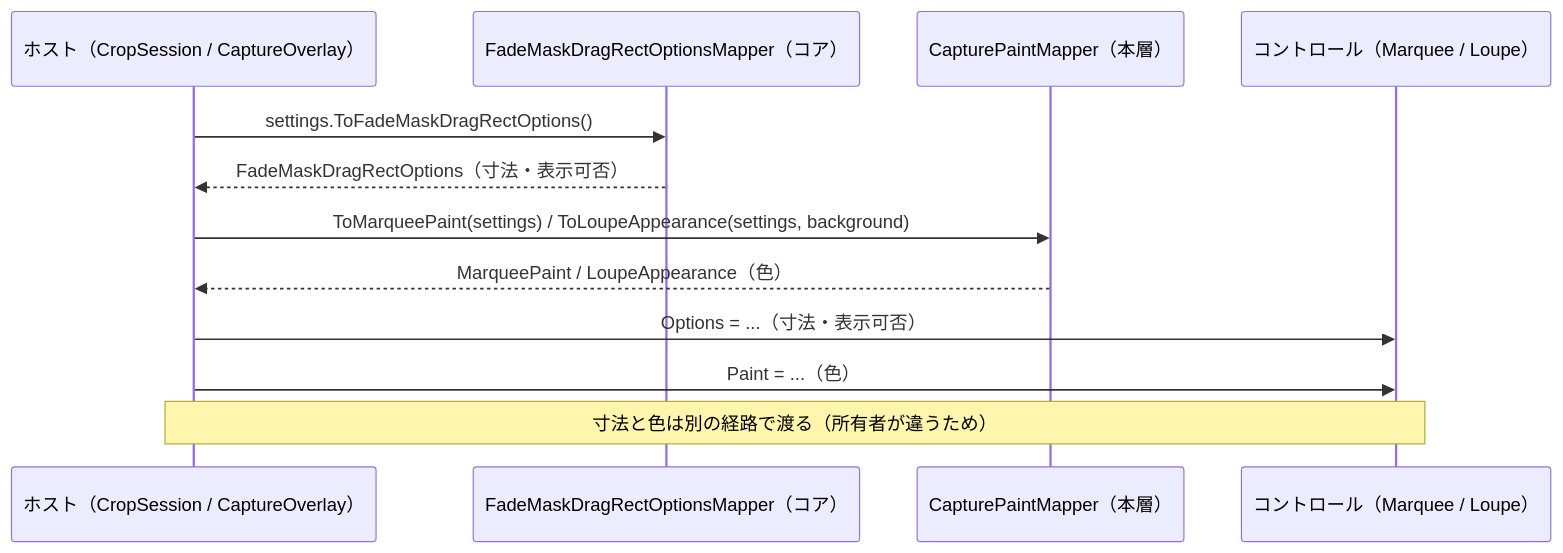
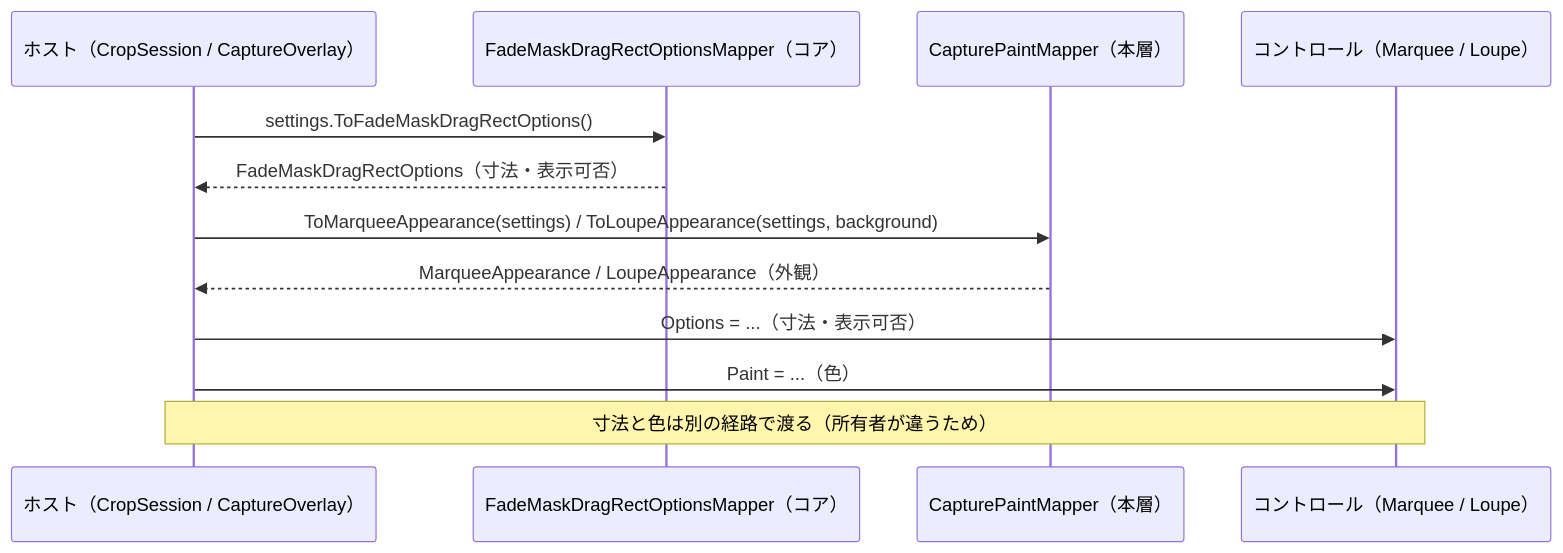
One commit to tomokuni/SaveEvidence changed the third of 3 diagrams in src/CaptureSessionControl.UIBase/SPEC_System.md. Above: the diagram before and after it, drawn with Mermaid. The commit also changed other lines of this file and 33 other files, not shown here.

````diff
--- a/src/CaptureSessionControl.UIBase/SPEC_System.md
+++ b/src/CaptureSessionControl.UIBase/SPEC_System.md
@@ -78,15 +78,15 @@
 ```mermaid
 sequenceDiagram
   participant Host as ホスト（CropSession / CaptureOverlay）
   participant Core as FadeMaskDragRectOptionsMapper（コア）
   participant Mapper as CapturePaintMapper（本層）
   participant UI as コントロール（Marquee / Loupe）
 
   Host->>Core: settings.ToFadeMaskDragRectOptions()
   Core-->>Host: FadeMaskDragRectOptions（寸法・表示可否）
-  Host->>Mapper: ToMarqueePaint(settings) / ToLoupeAppearance(settings, background)
-  Mapper-->>Host: MarqueePaint / LoupeAppearance（色）
+  Host->>Mapper: ToMarqueeAppearance(settings) / ToLoupeAppearance(settings, background)
+  Mapper-->>Host: MarqueeAppearance / LoupeAppearance（外観）
   Host->>UI: Options = ...（寸法・表示可否）
   Host->>UI: Paint = ...（色）
   Note over Host,UI: 寸法と色は別の経路で渡る（所有者が違うため）
 ```
````
